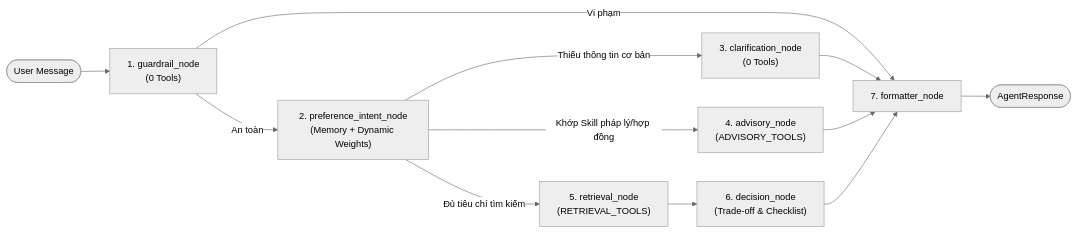
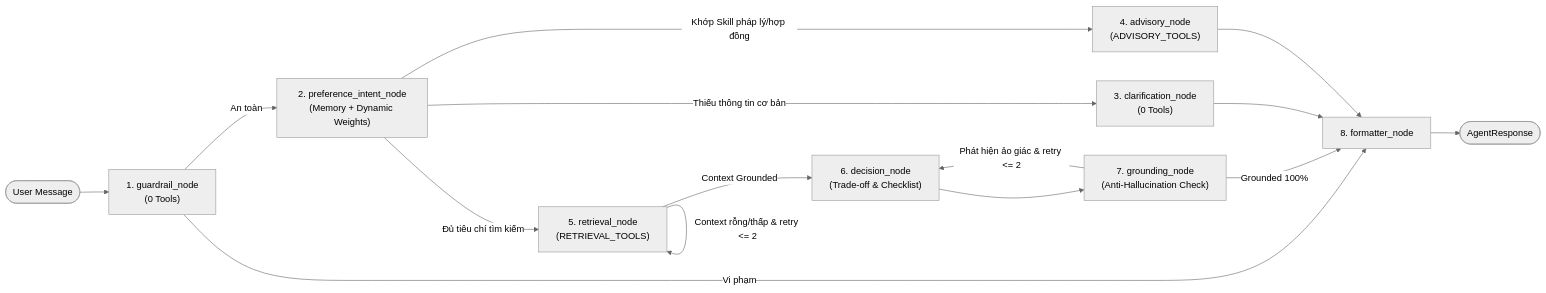
One commit to undead04/intelligent-room-rental changed the diagram in ai-agent/README.md. Above: the diagram before and after it, drawn with Mermaid (neutral theme). The commit also changed other lines of this file and 4 other files, not shown here.

Commit message:
feat(ai-agent): add runtime Corrective RAG & Answer Grounding retry nodes to LangGraph

````diff
--- a/ai-agent/README.md
+++ b/ai-agent/README.md
@@ -9,14 +9,17 @@
 ```mermaid
 flowchart LR
     START([User Message]) --> N1["1. guardrail_node\n(0 Tools)"]
-    N1 -->|Vi phạm| N7["7. formatter_node"]
+    N1 -->|Vi phạm| N8["8. formatter_node"]
     N1 -->|An toàn| N2["2. preference_intent_node\n(Memory + Dynamic Weights)"]
     N2 -->|Khớp Skill pháp lý/hợp đồng| N4["4. advisory_node\n(ADVISORY_TOOLS)"]
     N2 -->|Thiếu thông tin cơ bản| N3["3. clarification_node\n(0 Tools)"]
     N2 -->|Đủ tiêu chí tìm kiếm| N5["5. retrieval_node\n(RETRIEVAL_TOOLS)"]
-    N3 --> N7
-    N4 --> N7
-    N5 --> N6["6. decision_node\n(Trade-off & Checklist)"]
-    N6 --> N7
-    N7 --> END([AgentResponse])
+    N5 -->|Context rỗng/thấp & retry <= 2| N5
+    N5 -->|Context Grounded| N6["6. decision_node\n(Trade-off & Checklist)"]
+    N6 --> N7["7. grounding_node\n(Anti-Hallucination Check)"]
+    N7 -->|Phát hiện ảo giác & retry <= 2| N6
+    N7 -->|Grounded 100%| N8
+    N3 --> N8
+    N4 --> N8
+    N8 --> END([AgentResponse])
 ```
````
